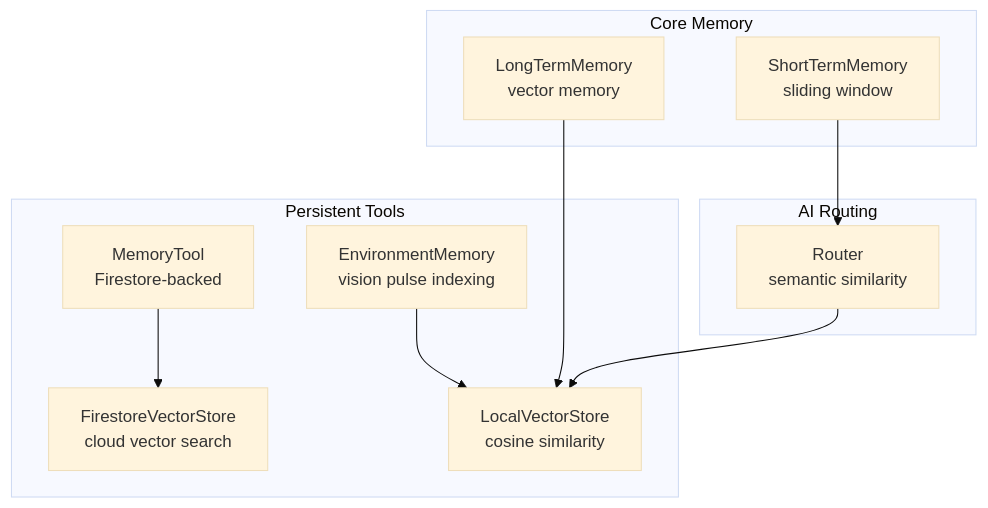
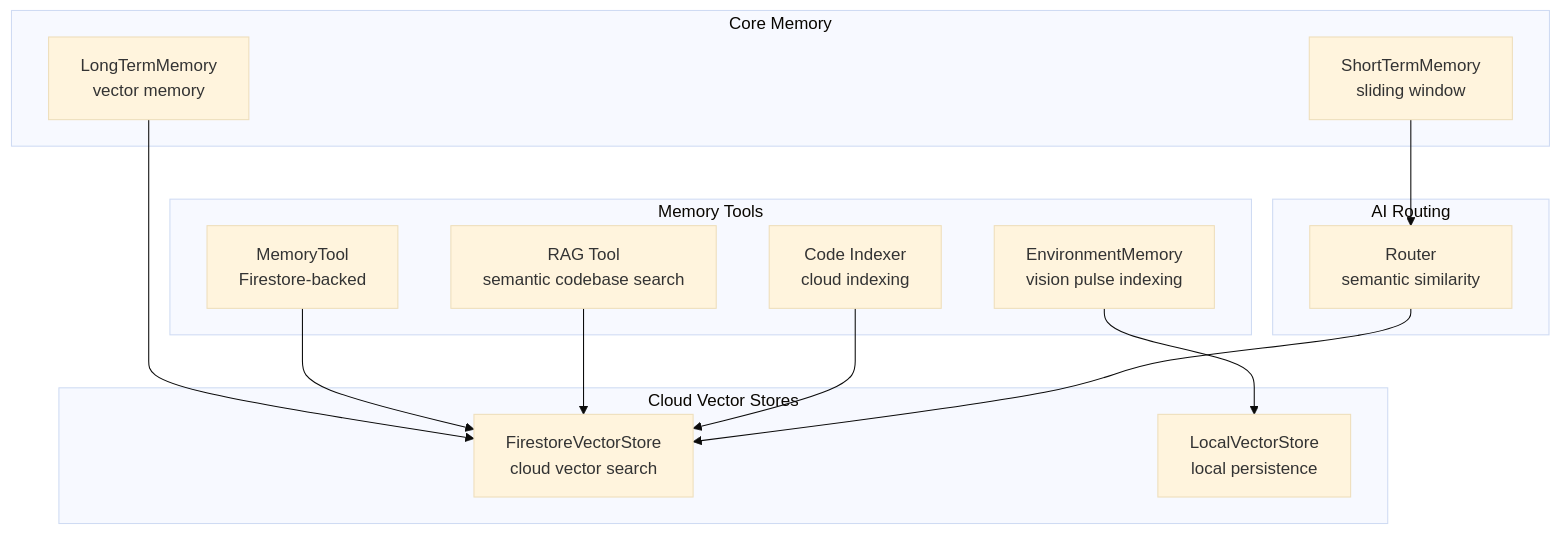
The first of 8 diagrams in .qoder/repowiki/en/content/Memory and Persistence/Memory Management.md (Moeabdelaziz007/Aether-Voice-OS), drawn with Mermaid (base theme) before and after one commit. The commit also changed other lines of this file and 29 other files, not shown here.

````diff
--- a/.qoder/repowiki/en/content/Memory and Persistence/Memory Management.md
+++ b/.qoder/repowiki/en/content/Memory and Persistence/Memory Management.md
@@ -38,21 +50,27 @@
 ```mermaid
 graph TB
 subgraph "Core Memory"
 LT["LongTermMemory<br/>vector memory"]
 ST["ShortTermMemory<br/>sliding window"]
 end
-subgraph "Persistent Tools"
+subgraph "Cloud Vector Stores"
+FVS["FirestoreVectorStore<br/>cloud vector search"]
+LV["LocalVectorStore<br/>local persistence"]
+end
+subgraph "Memory Tools"
 MT["MemoryTool<br/>Firestore-backed"]
-LV["LocalVectorStore<br/>cosine similarity"]
-FV["FirestoreVectorStore<br/>cloud vector search"]
 EM["EnvironmentMemory<br/>vision pulse indexing"]
+RT["RAG Tool<br/>semantic codebase search"]
+CI["Code Indexer<br/>cloud indexing"]
 end
 subgraph "AI Routing"
-RT["Router<br/>semantic similarity"]
+R["Router<br/>semantic similarity"]
 end
-LT --> LV
-ST --> RT
-MT --> FV
+LT --> FVS
+ST --> R
+MT --> FVS
 EM --> LV
-RT --> LV
+RT --> FVS
+CI --> FVS
+R --> FVS
 ```
````
